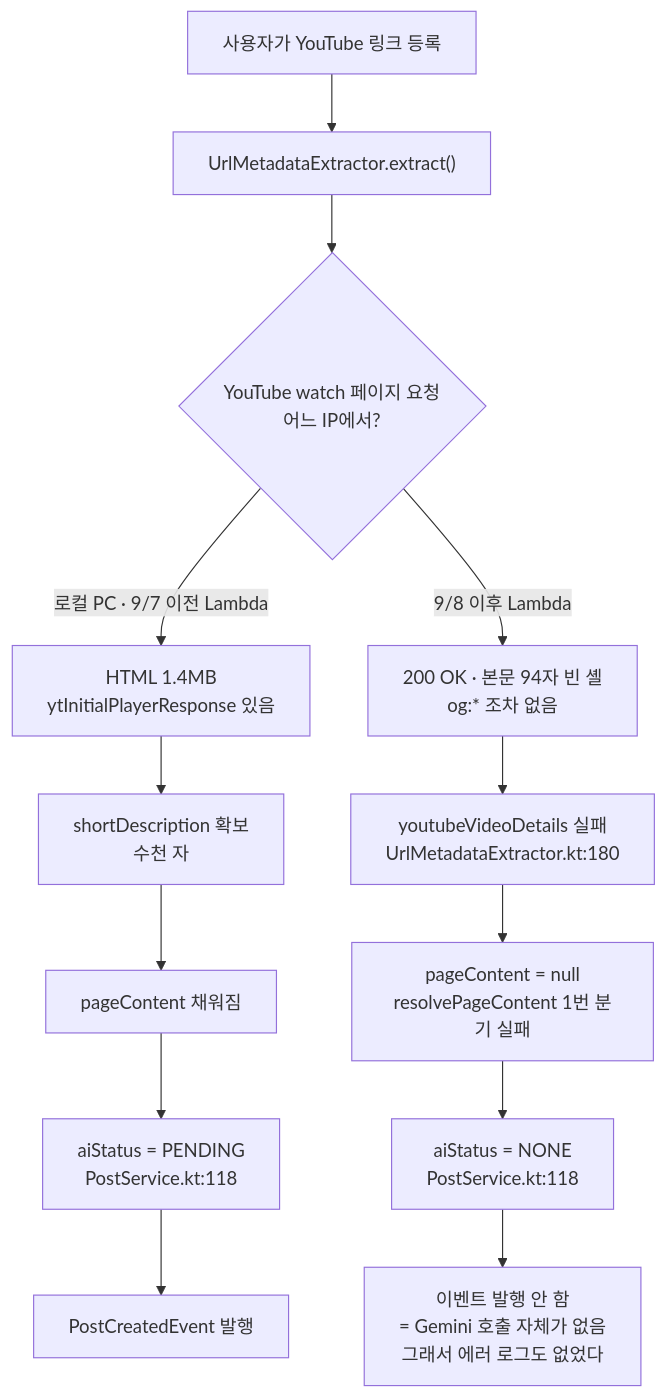
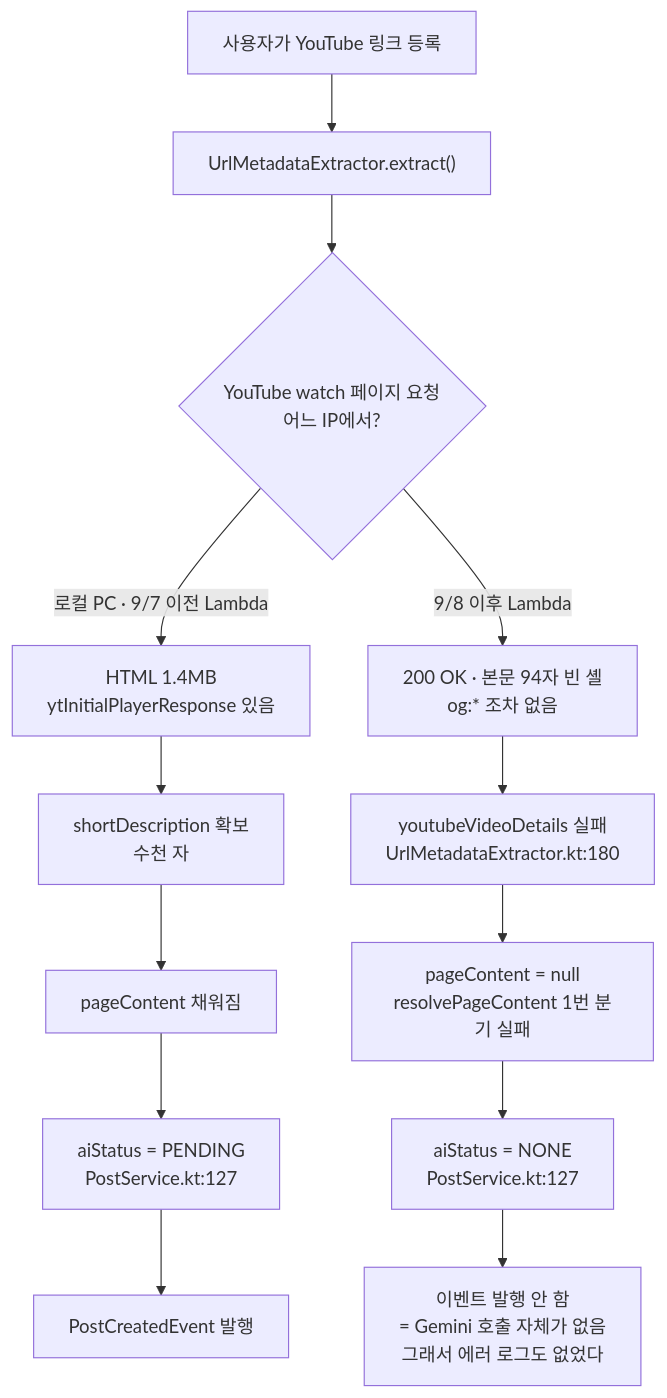
One commit to BAECHAN/link-sphere_BE_NEW changed the first of 3 diagrams in docs/AI-ASYNC-PROCESSING.md. Above: the diagram before and after it, drawn with Mermaid. The commit also changed 20 other files, not shown here.

````diff
--- a/docs/AI-ASYNC-PROCESSING.md
+++ b/docs/AI-ASYNC-PROCESSING.md
@@ -549,20 +549,20 @@
 ```mermaid
 flowchart TD
     A["사용자가 YouTube 링크 등록"] --> B["UrlMetadataExtractor.extract()"]
     B --> C{"YouTube watch 페이지 요청<br/>어느 IP에서?"}
 
     C -->|"로컬 PC · 9/7 이전 Lambda"| D["HTML 1.4MB<br/>ytInitialPlayerResponse 있음"]
     C -->|"9/8 이후 Lambda"| E["200 OK · 본문 94자 빈 셸<br/>og:* 조차 없음"]
 
     D --> F["shortDescription 확보<br/>수천 자"]
     E --> G["youtubeVideoDetails 실패<br/>UrlMetadataExtractor.kt:180"]
 
     F --> H["pageContent 채워짐"]
     G --> I["pageContent = null<br/>resolvePageContent 1번 분기 실패"]
 
-    H --> J["aiStatus = PENDING<br/>PostService.kt:118"]
-    I --> K["aiStatus = NONE<br/>PostService.kt:118"]
+    H --> J["aiStatus = PENDING<br/>PostService.kt:127"]
+    I --> K["aiStatus = NONE<br/>PostService.kt:127"]
 
     J --> L["PostCreatedEvent 발행"]
     K --> M["이벤트 발행 안 함<br/>= Gemini 호출 자체가 없음<br/>그래서 에러 로그도 없었다"]
 ```
````
